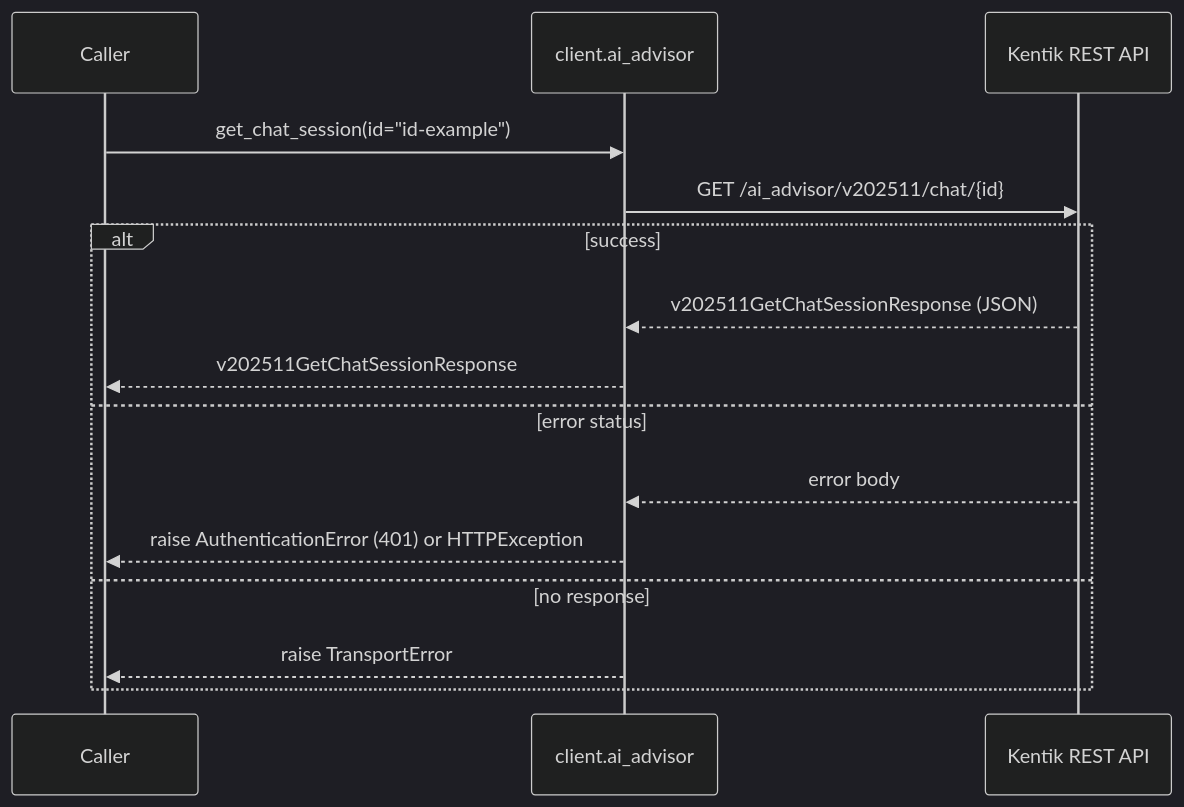
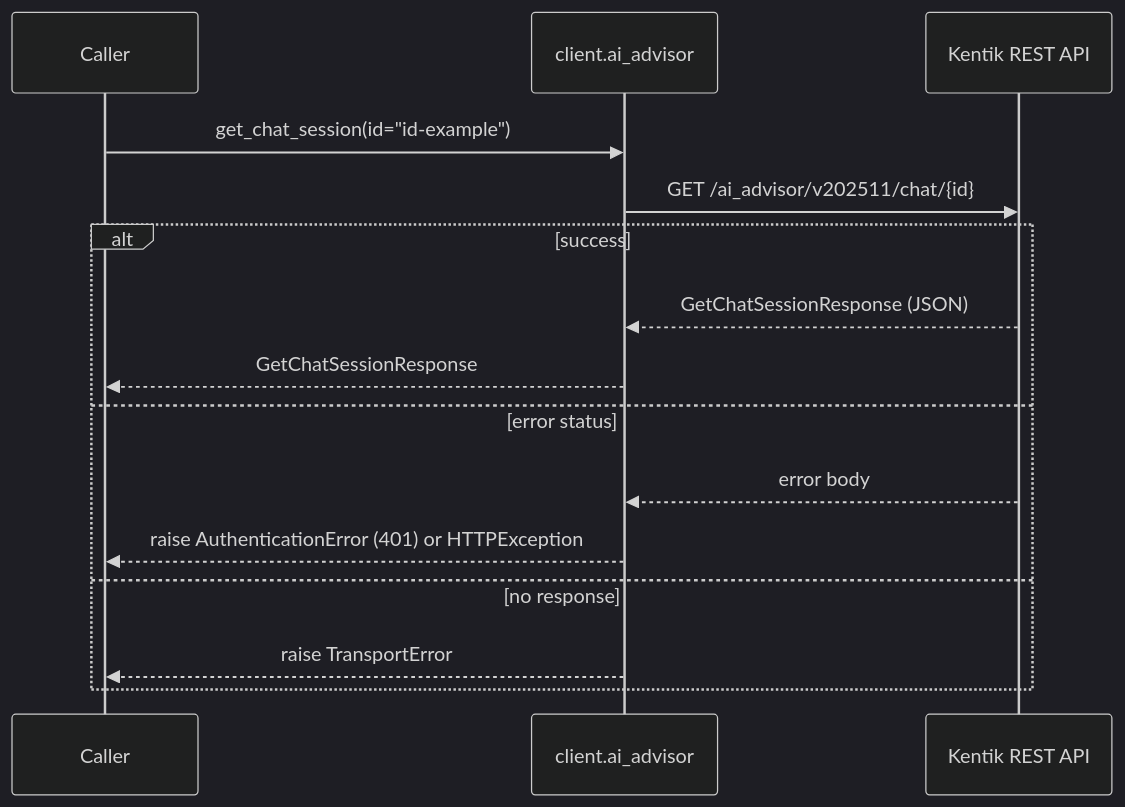
Before and after one commit to alexdearaujo/community_sdk_python: the sixth of 8 diagrams in docs/sphinx/services/ai_advisor.md, drawn with Mermaid (dark theme). The commit also changed other lines of this file and 38 other files, not shown here.

````diff
--- a/docs/sphinx/services/ai_advisor.md
+++ b/docs/sphinx/services/ai_advisor.md
@@ -190,18 +190,18 @@
 ```mermaid
 sequenceDiagram
     participant C as Caller
     participant W as client.ai_advisor
     participant API as Kentik REST API
 
     C->>W: get_chat_session(id="id-example")
     W->>API: GET /ai_advisor/v202511/chat/{id}
     alt success
-        API-->>W: v202511GetChatSessionResponse (JSON)
-        W-->>C: v202511GetChatSessionResponse
+        API-->>W: GetChatSessionResponse (JSON)
+        W-->>C: GetChatSessionResponse
     else error status
         API-->>W: error body
         W-->>C: raise AuthenticationError (401) or HTTPException
     else no response
         W-->>C: raise TransportError
     end
 ```
````
